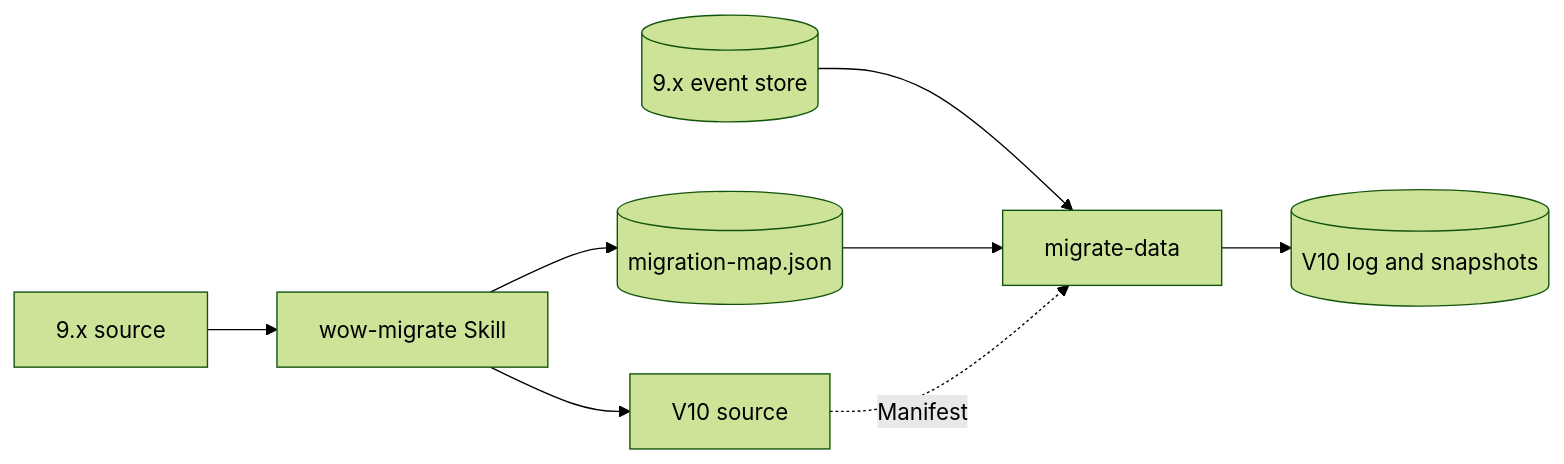
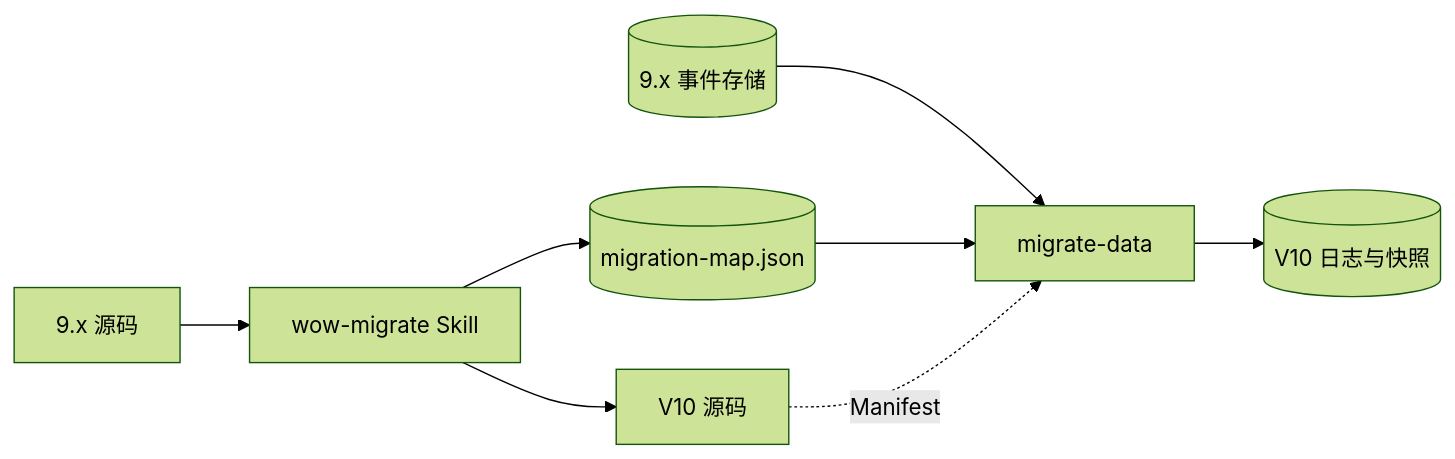
One commit to Ahoo-Wang/Wow changed the diagram in documentation/docs/zh/migrate/index.md. Above: the diagram before and after it, drawn with Mermaid (forest theme).

Commit message:
docs(v10): Chinese diagram labels on the Chinese migration overview

````diff
--- a/documentation/docs/zh/migrate/index.md
+++ b/documentation/docs/zh/migrate/index.md
@@ -31,8 +31,8 @@
 ```mermaid
 flowchart LR
-    SRC[9.x source] --> SKILL[wow-migrate Skill] --> SRC10[V10 source]
+    SRC[9.x 源码] --> SKILL[wow-migrate Skill] --> SRC10[V10 源码]
     SKILL --> MAP[(migration-map.json)]
-    DATA[(9.x event store)] --> TOOL[migrate-data] --> LOG[(V10 log and snapshots)]
+    DATA[(9.x 事件存储)] --> TOOL[migrate-data] --> LOG[(V10 日志与快照)]
     MAP --> TOOL
     SRC10 -. Manifest .-> TOOL
 ```
````
